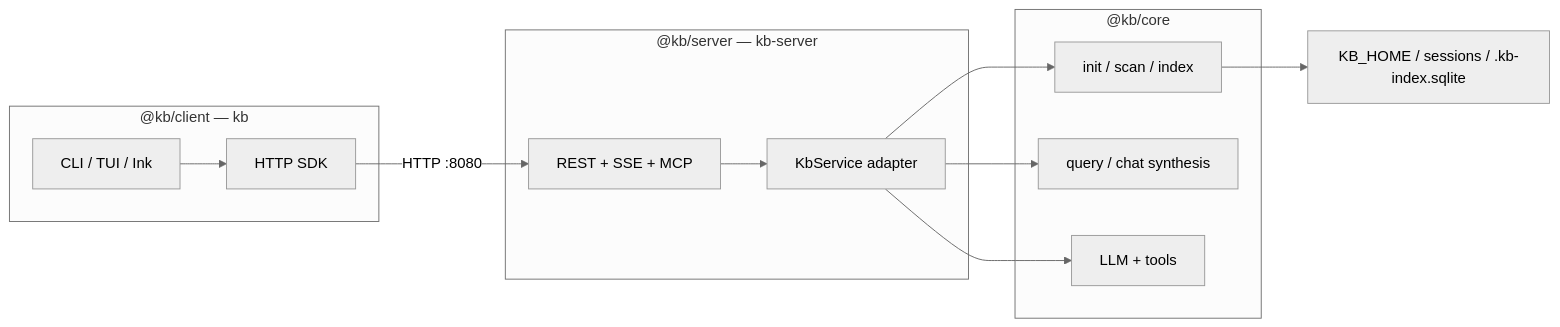
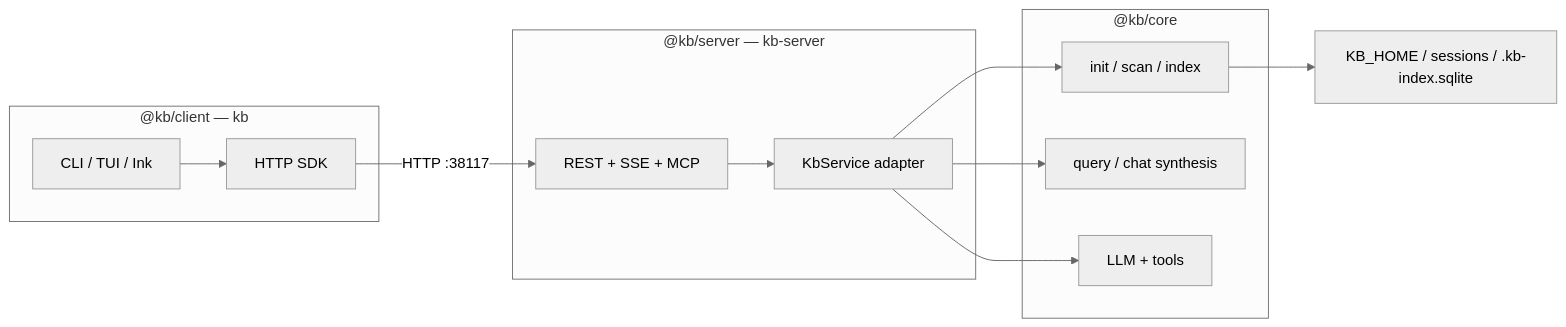
The diagram in packages/ARCHITECTURE.md (rosenjcb/kb), drawn with Mermaid (neutral theme) before and after one commit. The commit also changed 33 other files, not shown here.

````diff
--- a/packages/ARCHITECTURE.md
+++ b/packages/ARCHITECTURE.md
@@ -26,26 +26,26 @@
 ```mermaid
 flowchart LR
   subgraph clientPkg ["@kb/client — kb"]
     CLI["CLI / TUI / Ink"]
     SDK["HTTP SDK"]
     CLI --> SDK
   end
 
   subgraph serverPkg ["@kb/server — kb-server"]
     HTTP["REST + SSE + MCP"]
     SVC["KbService adapter"]
     HTTP --> SVC
   end
 
   subgraph corePkg ["@kb/core"]
     OPS["init / scan / index"]
     Q["query / chat synthesis"]
     LLM["LLM + tools"]
     SVC --> OPS
     SVC --> Q
     SVC --> LLM
   end
 
-  SDK -->|"HTTP :8080"| HTTP
+  SDK -->|"HTTP :38117"| HTTP
   OPS --> DB["KB_HOME / sessions / .kb-index.sqlite"]
 ```
````
